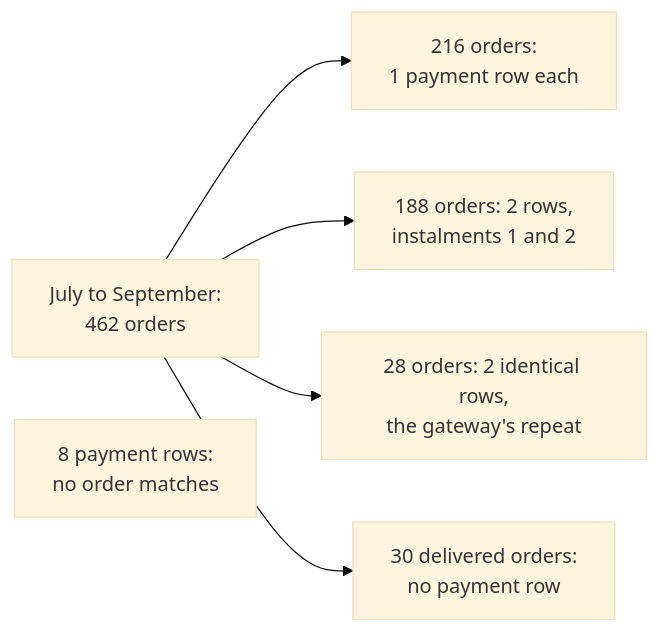
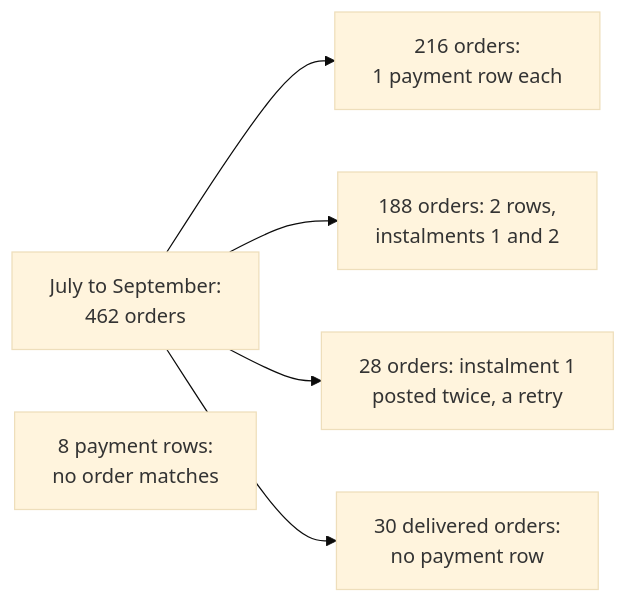
Before and after one commit to fde-academy-lab/c2-content-factory: the second of 5 diagrams in content/W02/SAT/paper/C2_W02_SAT_recap_paper_STUDENT.md, drawn with Mermaid (base theme). The commit also changed other lines of this file and 6 other files, not shown here.

````diff
--- a/content/W02/SAT/paper/C2_W02_SAT_recap_paper_STUDENT.md
+++ b/content/W02/SAT/paper/C2_W02_SAT_recap_paper_STUDENT.md
@@ -157,8 +157,8 @@
 ```mermaid
 flowchart LR
   O["July to September:<br/>462 orders"] --> A["216 orders:<br/>1 payment row each"]
   O --> B["188 orders: 2 rows,<br/>instalments 1 and 2"]
-  O --> C["28 orders: 2 identical rows,<br/>the gateway's repeat"]
+  O --> C["28 orders: instalment 1<br/>posted twice, a retry"]
   O --> D["30 delivered orders:<br/>no payment row"]
   P["8 payment rows:<br/>no order matches"]
 ```
````
